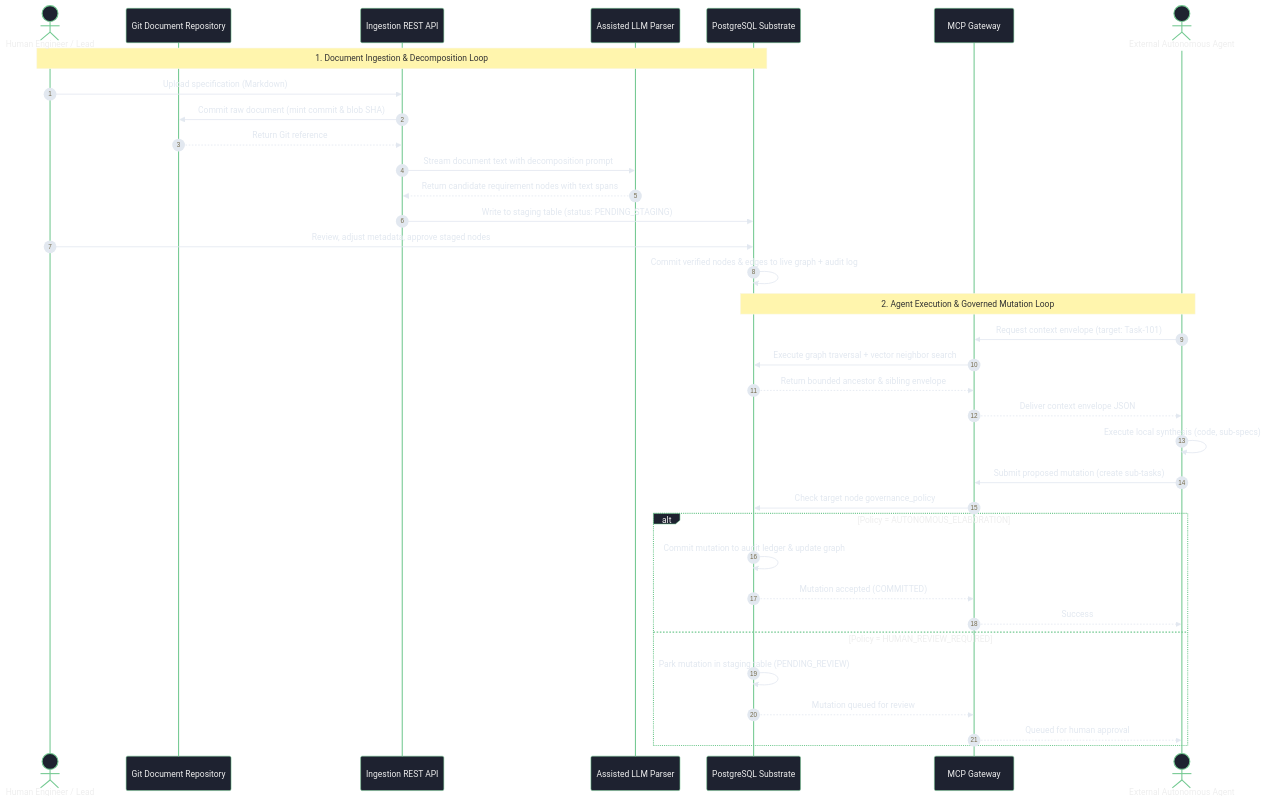
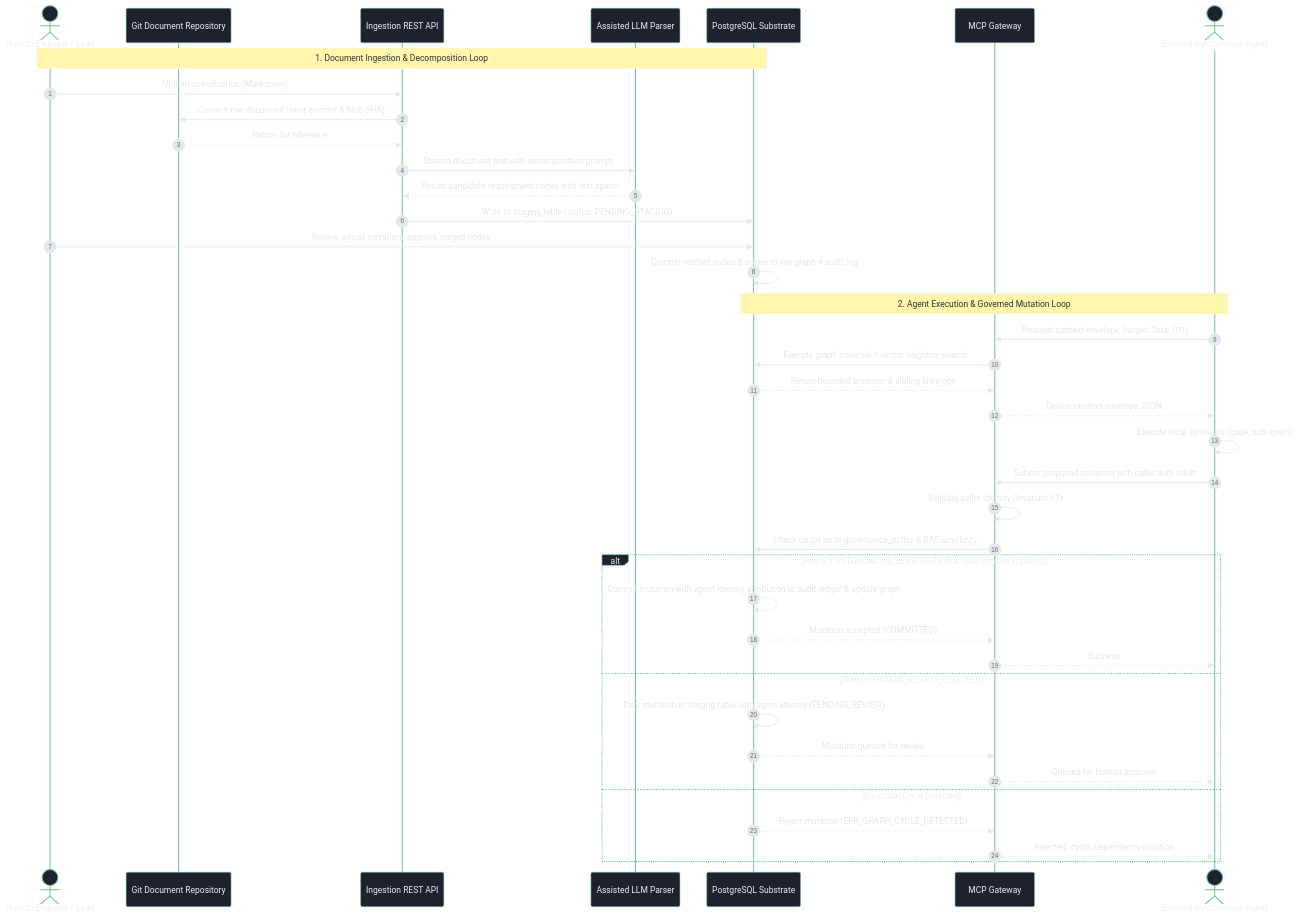
One commit to Shapedsundew9/tks changed the third of 3 diagrams in docs/vision/strategic-planning-backlog.md. Above: the diagram before and after it, drawn with Mermaid. The commit also changed other lines of this file and 2 other files, not shown here.

````diff
--- a/docs/vision/strategic-planning-backlog.md
+++ b/docs/vision/strategic-planning-backlog.md
@@ -292,57 +347,61 @@
 ```mermaid
 %%{init: {
   'theme': 'base',
   'themeVariables': {
     'darkMode': true,
     'background': '#161922',
     'mainBkg': '#1e2230',
     'nodeBorder': '#434c5e',
     'textColor': '#e2e8f0',
     'fontFamily': 'ui-sans-serif, system-ui, sans-serif',
     'lineColor': '#8892b0',
     'primaryColor': '#1b3528',
     'primaryBorderColor': '#73c991',
     'secondaryColor': '#1d2c44',
     'secondaryBorderColor': '#61afef',
     'gateColor': '#2e271a',
     'gateBorder': '#e5c07b'
   }
 }}%%
 sequenceDiagram
     autonumber
     actor Engineer as Human Engineer / Lead
     participant Git as Git Document Repository
     participant API as Ingestion REST API
     participant LLM as Assisted LLM Parser
     participant DB as PostgreSQL Substrate
     participant MCP as MCP Gateway
     actor Agent as External Autonomous Agent
 
     Note over Engineer, DB: 1. Document Ingestion & Decomposition Loop
     Engineer->>API: Upload specification (Markdown)
     API->>Git: Commit raw document (mint commit & blob SHA)
     Git-->>API: Return Git reference
     API->>LLM: Stream document text with decomposition prompt
     LLM-->>API: Return candidate requirement nodes with text spans
     API->>DB: Write to staging table (status: PENDING_STAGING)
     Engineer->>DB: Review, adjust metadata, approve staged nodes
     DB->>DB: Commit verified nodes & edges to live graph + audit log
 
     Note over Agent, DB: 2. Agent Execution & Governed Mutation Loop
     Agent->>MCP: Request context envelope (target: Task-101)
     MCP->>DB: Execute graph traversal + vector neighbor search
     DB-->>MCP: Return bounded ancestor & sibling envelope
     MCP-->>Agent: Deliver context envelope JSON
     Agent->>Agent: Execute local synthesis (code, sub-specs)
-    Agent->>MCP: Submit proposed mutation (create sub-tasks)
-    MCP->>DB: Check target node governance_policy
-    alt Policy = AUTONOMOUS_ELABORATION
-        DB->>DB: Commit mutation to audit ledger & update graph
+    Agent->>MCP: Submit proposed mutation with caller auth token
+    MCP->>MCP: Validate caller identity (Invariant I-7)
+    MCP->>DB: Check target node governance_policy & DAG acyclicity
+    alt Policy = AUTONOMOUS_ELABORATION & Valid Acyclic Topology
+        DB->>DB: Commit mutation with agent identity attribution to audit ledger & update graph
         DB-->>MCP: Mutation accepted (COMMITTED)
         MCP-->>Agent: Success
     else Policy = HUMAN_REVIEW_REQUIRED
-        DB->>DB: Park mutation in staging table (PENDING_REVIEW)
+        DB->>DB: Park mutation in staging table with agent identity (PENDING_REVIEW)
         DB-->>MCP: Mutation queued for review
         MCP-->>Agent: Queued for human approval
+    else Structural Cycle Detected
+        DB-->>MCP: Reject mutation (ERR_GRAPH_CYCLE_DETECTED)
+        MCP-->>Agent: Rejected: cyclic dependency violation
     end
 ```
````
